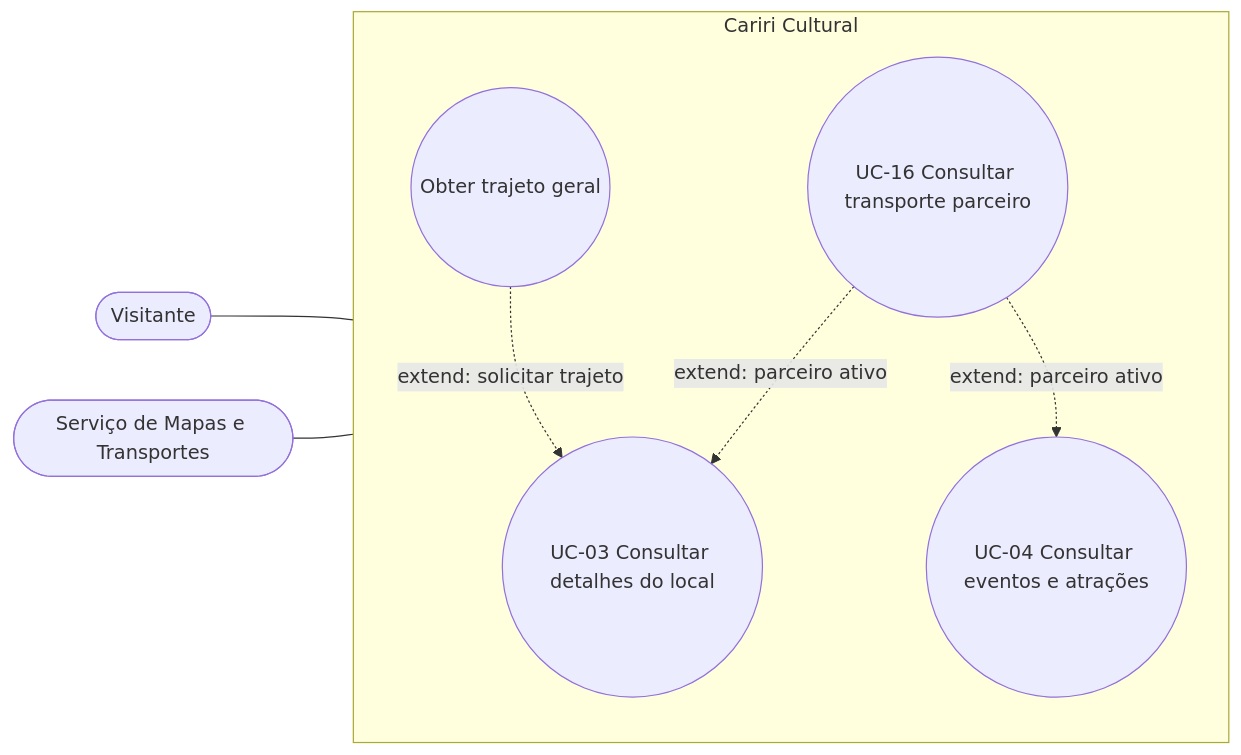
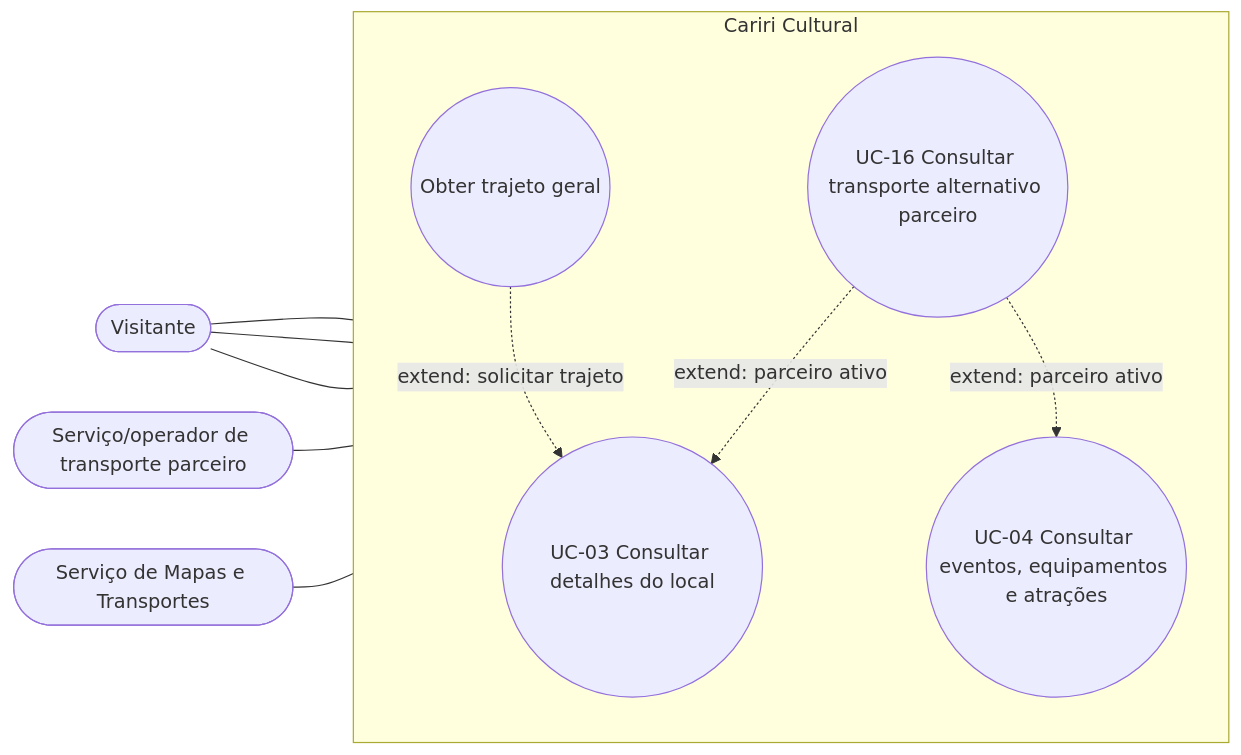
The third of 5 diagrams in home/user-cases/use-cases-diagram.md (alan-mendes-ufca/CaririCultural), drawn with Mermaid before and after one commit. The commit also changed other lines of this file and 6 other files, not shown here.

````diff
--- a/home/user-cases/use-cases-diagram.md
+++ b/home/user-cases/use-cases-diagram.md
@@ -108,27 +112,29 @@
 ```mermaid
 flowchart LR
     %% Atores
     V([Visitante])
     MAP([Serviço de Mapas e Transportes])
+    TP([Serviço/operador de transporte parceiro])
 
     %% Fronteira
     subgraph CC [Cariri Cultural]
         direction TB
         UC03((UC-03 Consultar detalhes do local))
-        UC04((UC-04 Consultar eventos e atrações))
-        UC16((UC-16 Consultar transporte parceiro))
+        UC04((UC-04 Consultar eventos, equipamentos e atrações))
+        UC16((UC-16 Consultar transporte alternativo parceiro))
 
         %% Extends
         TRAJ((Obter trajeto geral))
     end
 
     %% Relações Ator -> Caso de Uso
-    V --- UC16
+    V --- UC03 & UC04 & UC16
+    TP --- UC16
 
     %% Relações Include / Extend
     UC16 -.->|extend: parceiro ativo| UC03
     UC16 -.->|extend: parceiro ativo| UC04
     TRAJ -.->|extend: solicitar trajeto| UC03
 
     MAP --- TRAJ
 ```
````
